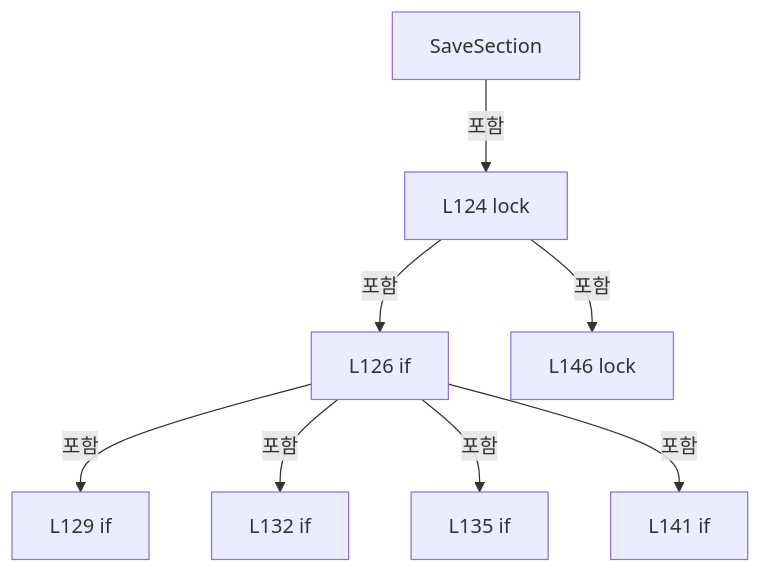
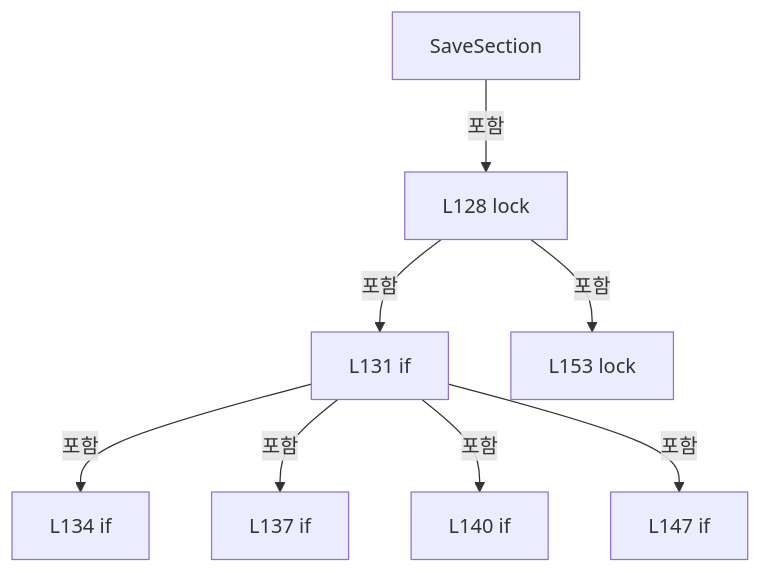
One commit to kjuws10-rgb/Shared changed the eighth of 11 diagrams in A3 LD Code Ref/files/Drilling.Common/Managers/CSettingManager.cs.md. Above: the diagram before and after it, drawn with Mermaid. The commit also changed other lines of this file and 2071 other files, not shown here.

Commit message:
docs(a3): update 11.19.0 architecture and code reference

````diff
--- a/A3 LD Code Ref/files/Drilling.Common/Managers/CSettingManager.cs.md
+++ b/A3 LD Code Ref/files/Drilling.Common/Managers/CSettingManager.cs.md
@@ -1062,18 +1110,18 @@
 ```mermaid
 flowchart TD
  M["SaveSection"]
- N0["L124 lock"]
+ N0["L128 lock"]
  M -->|포함| N0
- N1["L126 if"]
+ N1["L131 if"]
  N0 -->|포함| N1
- N2["L129 if"]
+ N2["L134 if"]
  N1 -->|포함| N2
- N3["L132 if"]
+ N3["L137 if"]
  N1 -->|포함| N3
- N4["L135 if"]
+ N4["L140 if"]
  N1 -->|포함| N4
- N5["L141 if"]
+ N5["L147 if"]
  N1 -->|포함| N5
- N6["L146 lock"]
+ N6["L153 lock"]
  N0 -->|포함| N6
 ```
````
